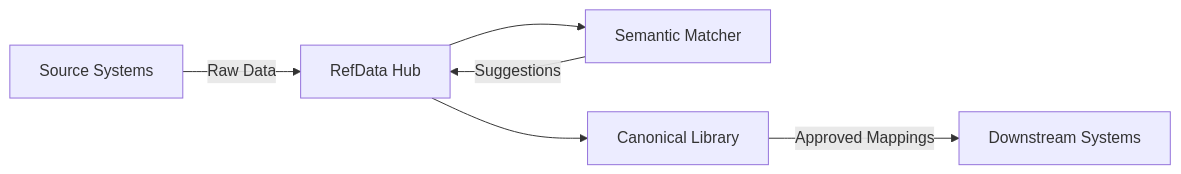
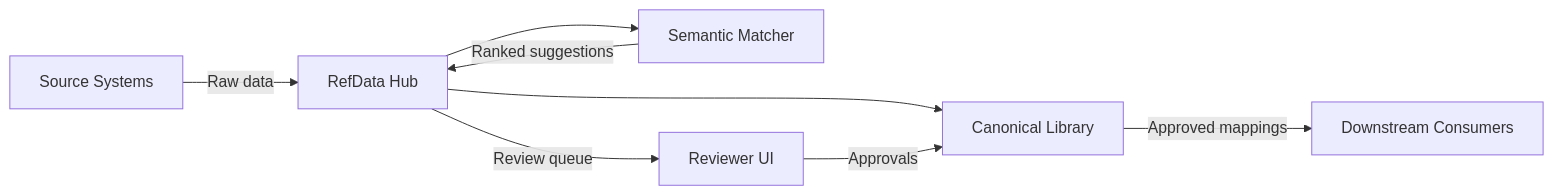
Before and after one commit to rezer-bleede/refdata-hub: the diagram in docs/index.md, drawn with Mermaid. The commit also changed other lines of this file and 56 other files, not shown here.

````diff
--- a/docs/index.md
+++ b/docs/index.md
@@ -90,8 +126,10 @@
 ```mermaid
 graph LR
-    A[Source Systems] -->|Raw Data| B[RefData Hub]
+    A[Source Systems] -->|Raw data| B[RefData Hub]
     B --> C[Semantic Matcher]
     B --> D[Canonical Library]
-    D -->|Approved Mappings| E[Downstream Systems]
-    C -->|Suggestions| B
+    D -->|Approved mappings| E[Downstream Consumers]
+    C -->|Ranked suggestions| B
+    B -->|Review queue| F[Reviewer UI]
+    F -->|Approvals| D
 ```
````
